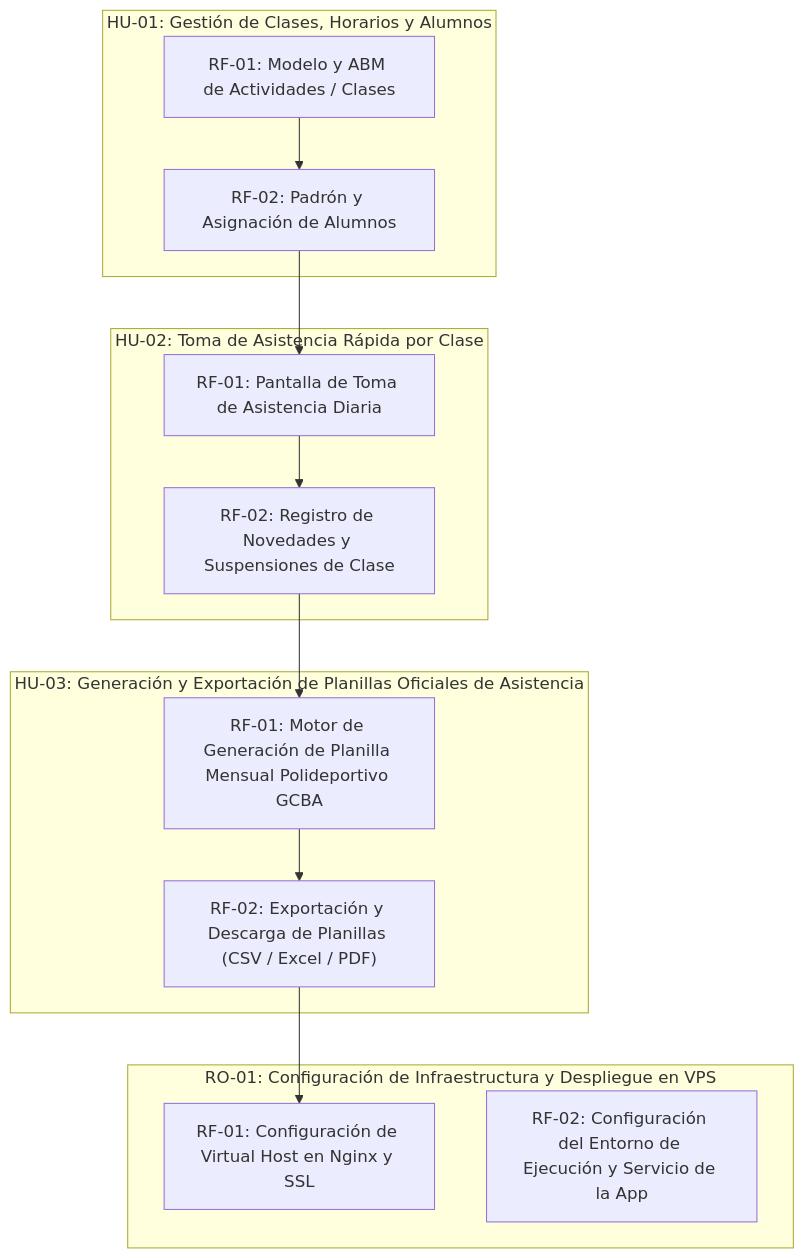
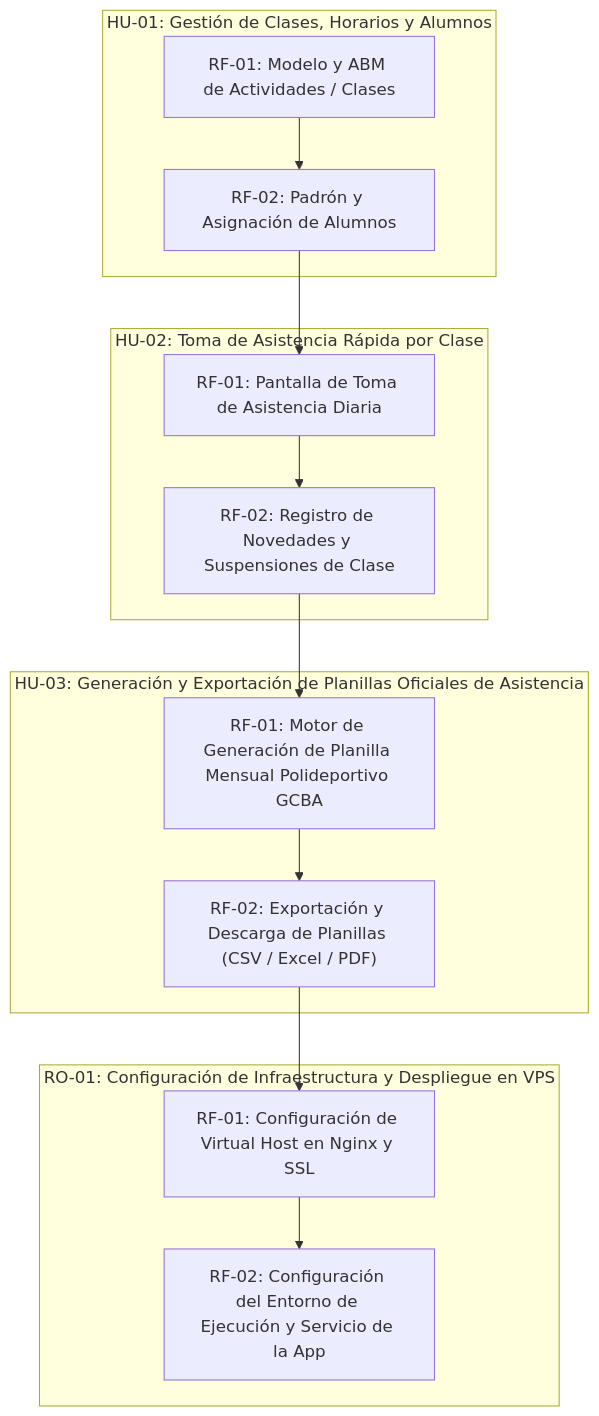
The diagram in scrumDocs/grafo.md (fiemcasals/fit), drawn with Mermaid before and after one commit. The commit also changed other lines of this file, not shown here.

````diff
--- a/scrumDocs/grafo.md
+++ b/scrumDocs/grafo.md
@@ -5,25 +5,26 @@
 ```mermaid
 graph TD
   subgraph US_1790948668521["HU-01: Gestión de Clases, Horarios y Alumnos"]
     REQ_1790949656542["RF-01: Modelo y ABM de Actividades / Clases"]
     REQ_1790949656650["RF-02: Padrón y Asignación de Alumnos"]
   end
   subgraph US_1790948668690["HU-02: Toma de Asistencia Rápida por Clase"]
     REQ_1790949656797["RF-01: Pantalla de Toma de Asistencia Diaria"]
     REQ_1790949656976["RF-02: Registro de Novedades y Suspensiones de Clase"]
   end
   subgraph US_1790948668768["HU-03: Generación y Exportación de Planillas Oficiales de Asistencia"]
     REQ_1790949657128["RF-01: Motor de Generación de Planilla Mensual Polideportivo GCBA"]
     REQ_1790949657258["RF-02: Exportación y Descarga de Planillas (CSV / Excel / PDF)"]
   end
   subgraph US_1790948668902["RO-01: Configuración de Infraestructura y Despliegue en VPS"]
     REQ_1790948668917["RF-01: Configuración de Virtual Host en Nginx y SSL"]
     REQ_1790949657375["RF-02: Configuración del Entorno de Ejecución y Servicio de la App"]
   end
   REQ_1790949656542 --> REQ_1790949656650
   REQ_1790949656650 --> REQ_1790949656797
   REQ_1790949656797 --> REQ_1790949656976
   REQ_1790949656976 --> REQ_1790949657128
   REQ_1790949657128 --> REQ_1790949657258
   REQ_1790949657258 --> REQ_1790948668917
+  REQ_1790948668917 --> REQ_1790949657375
 ```
````
